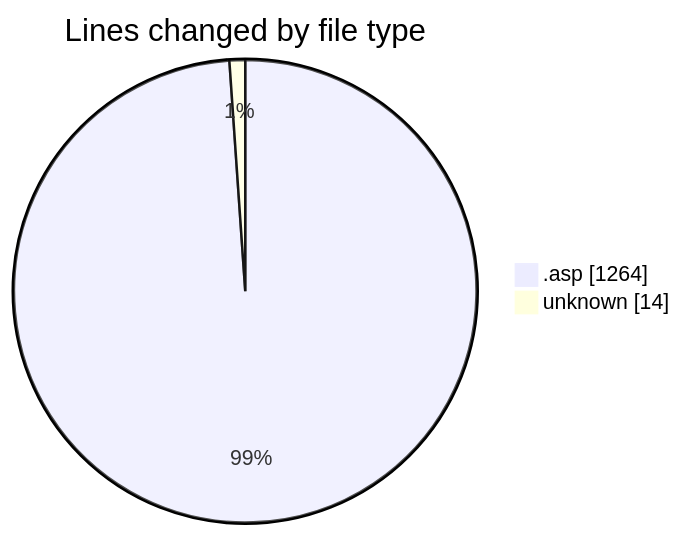
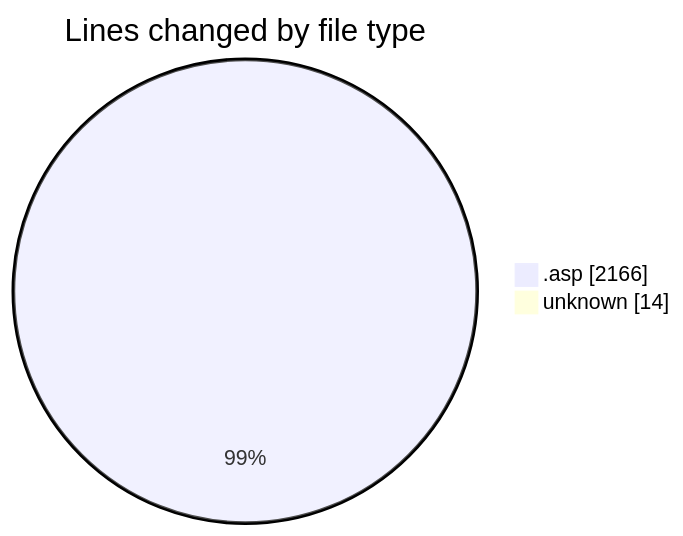
One commit to julien-gomy/code-tracking changed the first of 2 diagrams in 2025-10-28/usr_aleoudev_fr__workspace_/README.md. Above: the diagram before and after it, drawn with Mermaid. The commit also changed other lines of this file and 1 other file, not shown here.

````diff
--- a/2025-10-28/usr_aleoudev_fr__workspace_/README.md
+++ b/2025-10-28/usr_aleoudev_fr__workspace_/README.md
@@ -26,6 +28,6 @@
 ```mermaid
 pie showData
 title Lines changed by file type
-".asp" : 1264
+".asp" : 2166
 "unknown" : 14
 ```
````
